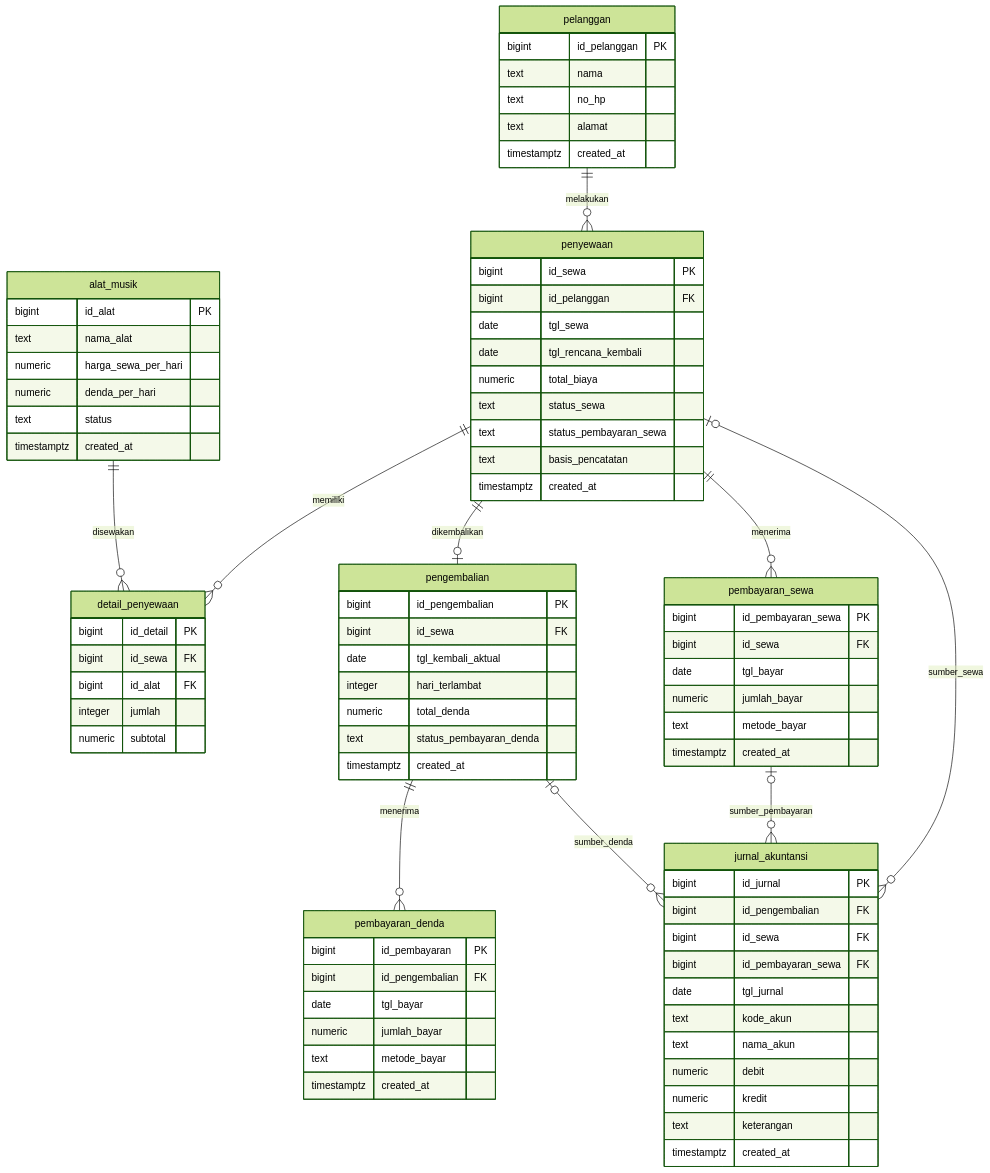
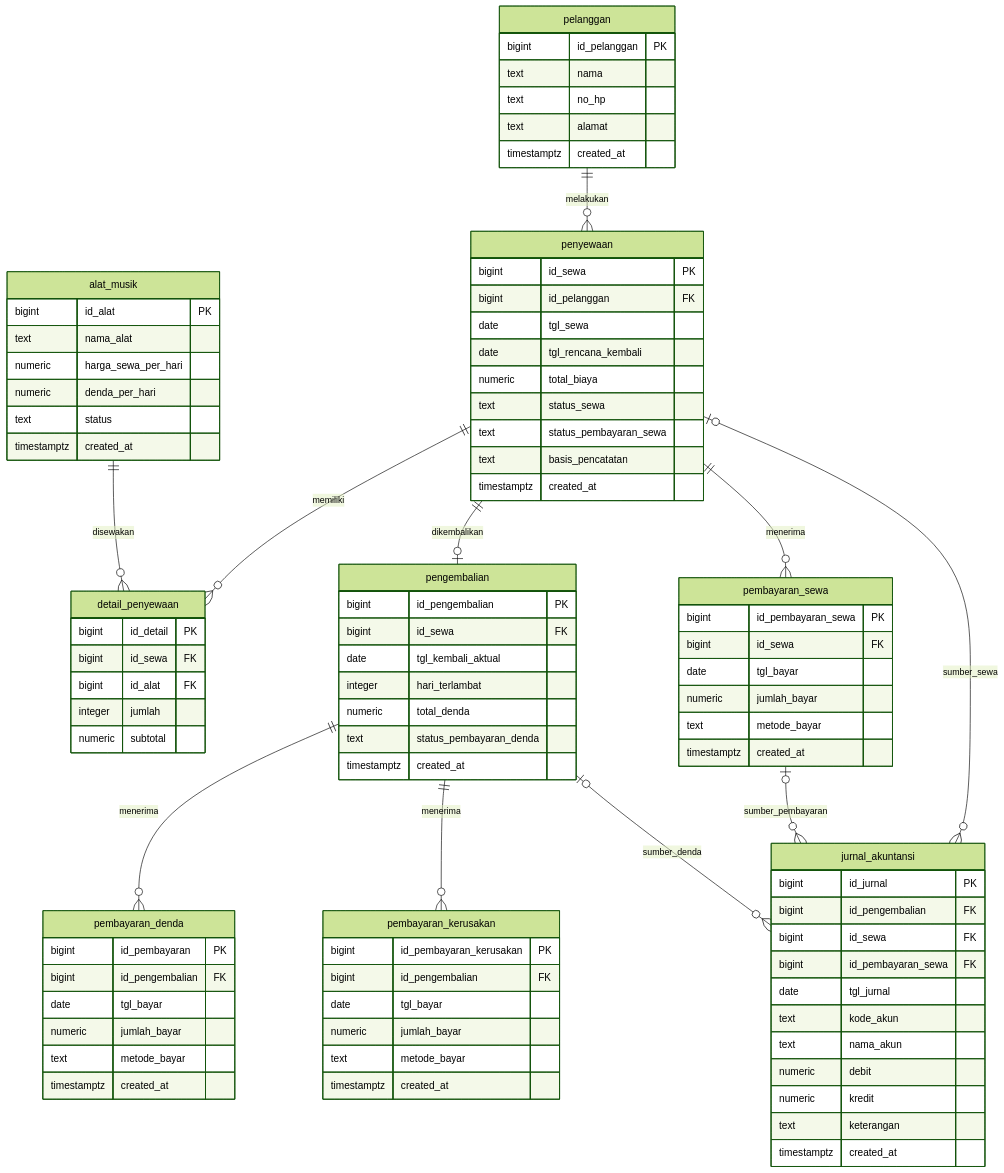
One commit to ayugirsang/RENTAL-MUSIK changed the diagram in README.md. Above: the diagram before and after it, drawn with Mermaid (forest theme). The commit also changed other lines of this file and 4 other files, not shown here.

Commit message:
Add damage payment settlement flow

```diff
--- a/README.md
+++ b/README.md
@@ -116,6 +116,14 @@
         text metode_bayar
         timestamptz created_at
     }
+    pembayaran_kerusakan {
+        bigint id_pembayaran_kerusakan PK
+        bigint id_pengembalian FK
+        date tgl_bayar
+        numeric jumlah_bayar
+        text metode_bayar
+        timestamptz created_at
+    }
     jurnal_akuntansi {
         bigint id_jurnal PK
         bigint id_pengembalian FK
@@ -136,6 +144,7 @@
     penyewaan ||--o| pengembalian : dikembalikan
     penyewaan ||--o{ pembayaran_sewa : menerima
     pengembalian ||--o{ pembayaran_denda : menerima
+    pengembalian ||--o{ pembayaran_kerusakan : menerima
     penyewaan o|--o{ jurnal_akuntansi : sumber_sewa
     pengembalian o|--o{ jurnal_akuntansi : sumber_denda
     pembayaran_sewa o|--o{ jurnal_akuntansi : sumber_pembayaran
```
